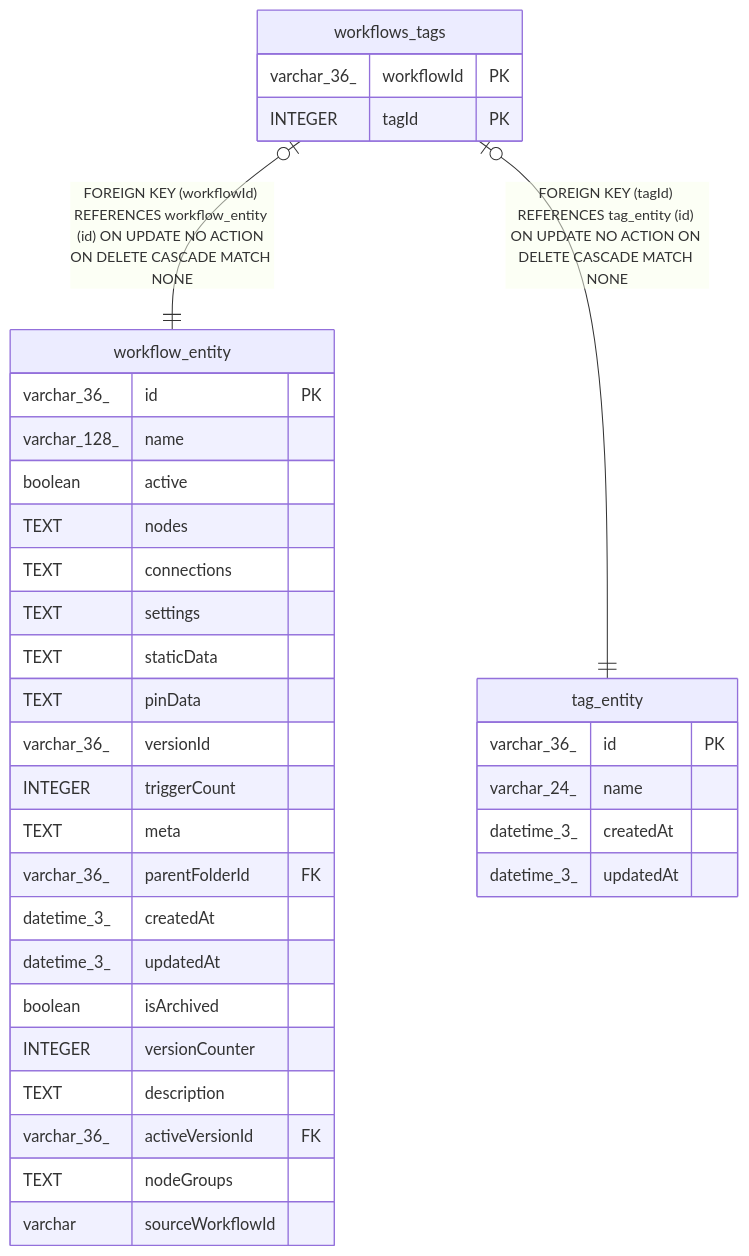
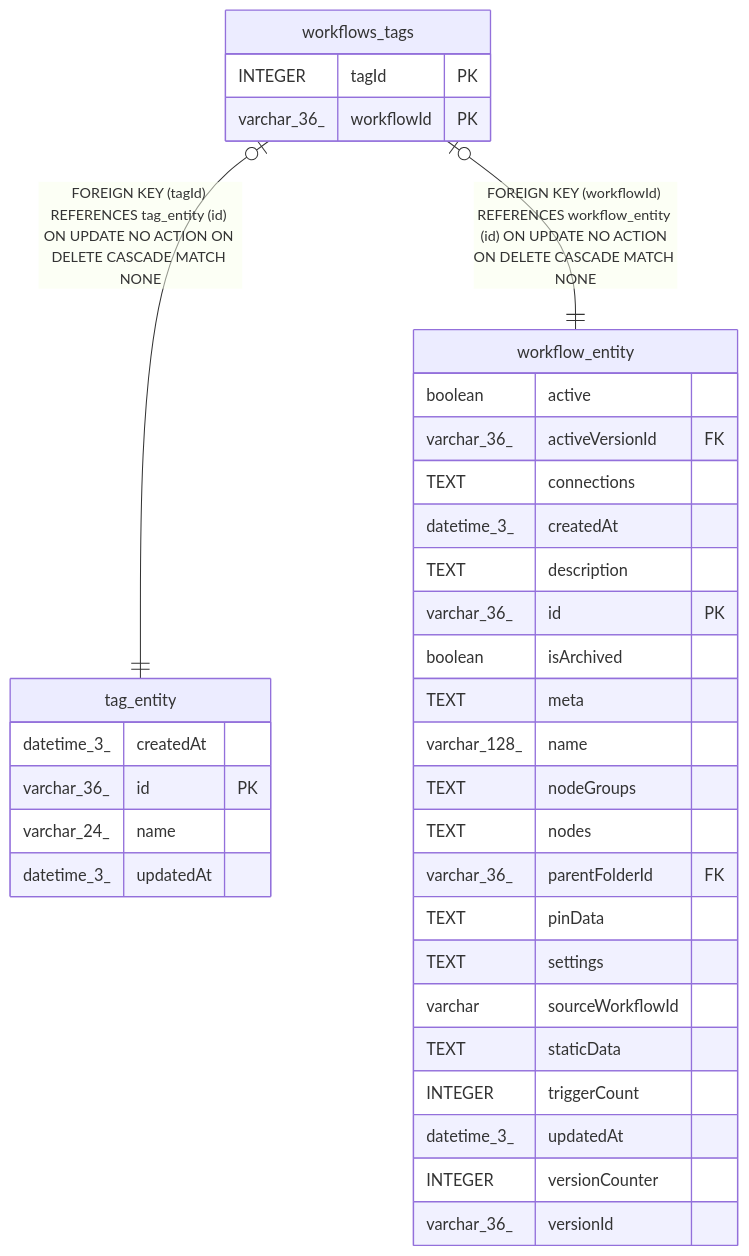
The diagram in docs/generated/sqlite-schema/workflows_tags.md (mayankjain1815-commits/n8n), drawn with Mermaid before and after one commit. The commit also changed other lines of this file and 221 other files, not shown here.

Commit message:
chore(core): Make DB schema docs generation deterministic (#32373)

````diff
--- a/docs/generated/sqlite-schema/workflows_tags.md
+++ b/docs/generated/sqlite-schema/workflows_tags.md
@@ -41,39 +41,39 @@
 ```mermaid
 erDiagram
 
+"workflows_tags" |o--|| "tag_entity" : "FOREIGN KEY (tagId) REFERENCES tag_entity (id) ON UPDATE NO ACTION ON DELETE CASCADE MATCH NONE"
 "workflows_tags" |o--|| "workflow_entity" : "FOREIGN KEY (workflowId) REFERENCES workflow_entity (id) ON UPDATE NO ACTION ON DELETE CASCADE MATCH NONE"
-"workflows_tags" |o--|| "tag_entity" : "FOREIGN KEY (tagId) REFERENCES tag_entity (id) ON UPDATE NO ACTION ON DELETE CASCADE MATCH NONE"
 
 "workflows_tags" {
+  INTEGER tagId PK
   varchar_36_ workflowId PK
-  INTEGER tagId PK
+}
+"tag_entity" {
+  datetime_3_ createdAt
+  varchar_36_ id PK
+  varchar_24_ name
+  datetime_3_ updatedAt
 }
 "workflow_entity" {
+  boolean active
+  varchar_36_ activeVersionId FK
+  TEXT connections
+  datetime_3_ createdAt
+  TEXT description
   varchar_36_ id PK
+  boolean isArchived
+  TEXT meta
   varchar_128_ name
-  boolean active
+  TEXT nodeGroups
   TEXT nodes
-  TEXT connections
+  varchar_36_ parentFolderId FK
+  TEXT pinData
   TEXT settings
+  varchar sourceWorkflowId
   TEXT staticData
-  TEXT pinData
+  INTEGER triggerCount
+  datetime_3_ updatedAt
+  INTEGER versionCounter
   varchar_36_ versionId
-  INTEGER triggerCount
-  TEXT meta
-  varchar_36_ parentFolderId FK
-  datetime_3_ createdAt
-  datetime_3_ updatedAt
-  boolean isArchived
-  INTEGER versionCounter
-  TEXT description
-  varchar_36_ activeVersionId FK
-  TEXT nodeGroups
-  varchar sourceWorkflowId
-}
-"tag_entity" {
-  varchar_36_ id PK
-  varchar_24_ name
-  datetime_3_ createdAt
-  datetime_3_ updatedAt
 }
 ```
````
